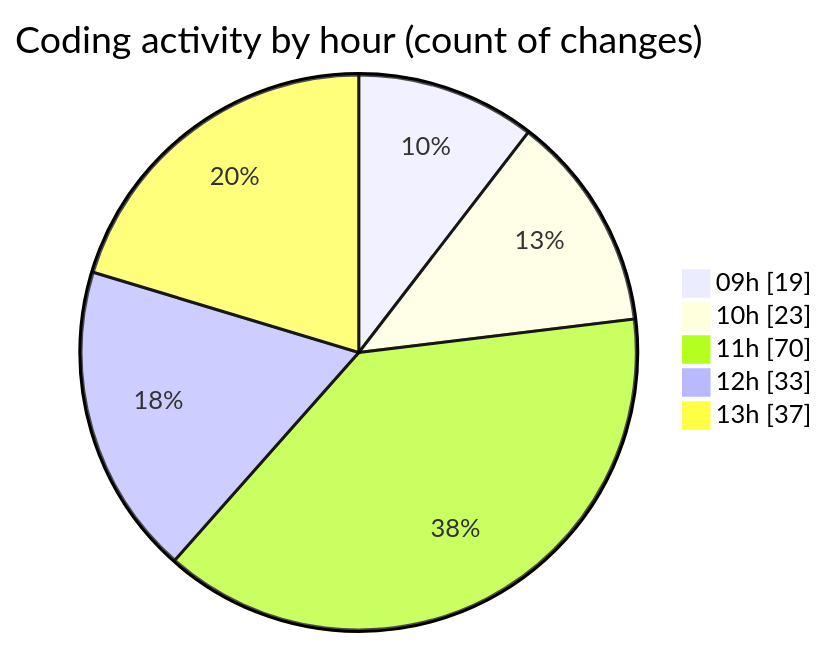
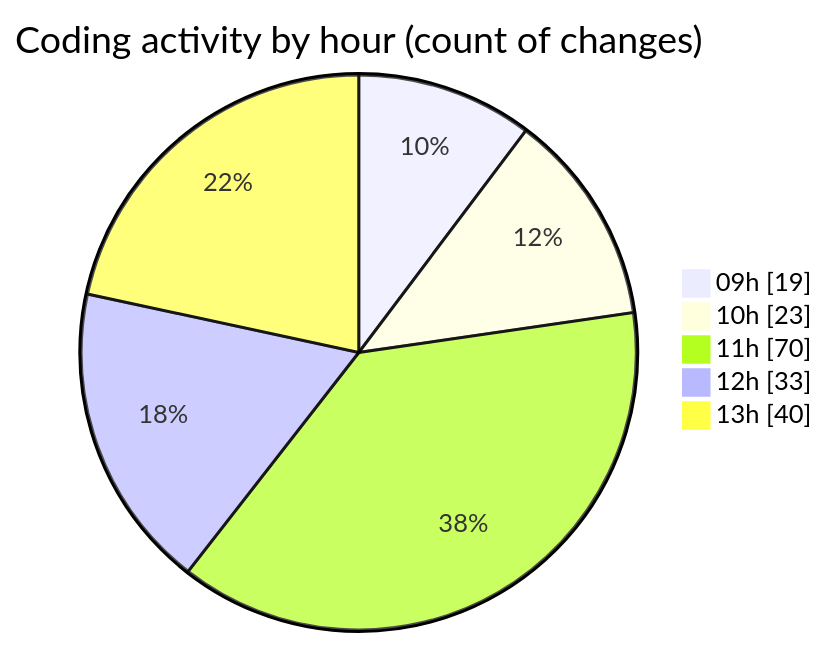
Before and after one commit to momahboobian/code-tracking: the second of 2 diagrams in 2026-02-12/cda/README.md, drawn with Mermaid. The commit also changed other lines of this file and 1 other file, not shown here.

````diff
--- a/2026-02-12/cda/README.md
+++ b/2026-02-12/cda/README.md
@@ -44,9 +46,9 @@
 ```mermaid
 pie showData
 title Coding activity by hour (count of changes)
 "09h" : 19
 "10h" : 23
 "11h" : 70
 "12h" : 33
-"13h" : 37
+"13h" : 40
 ```
````
